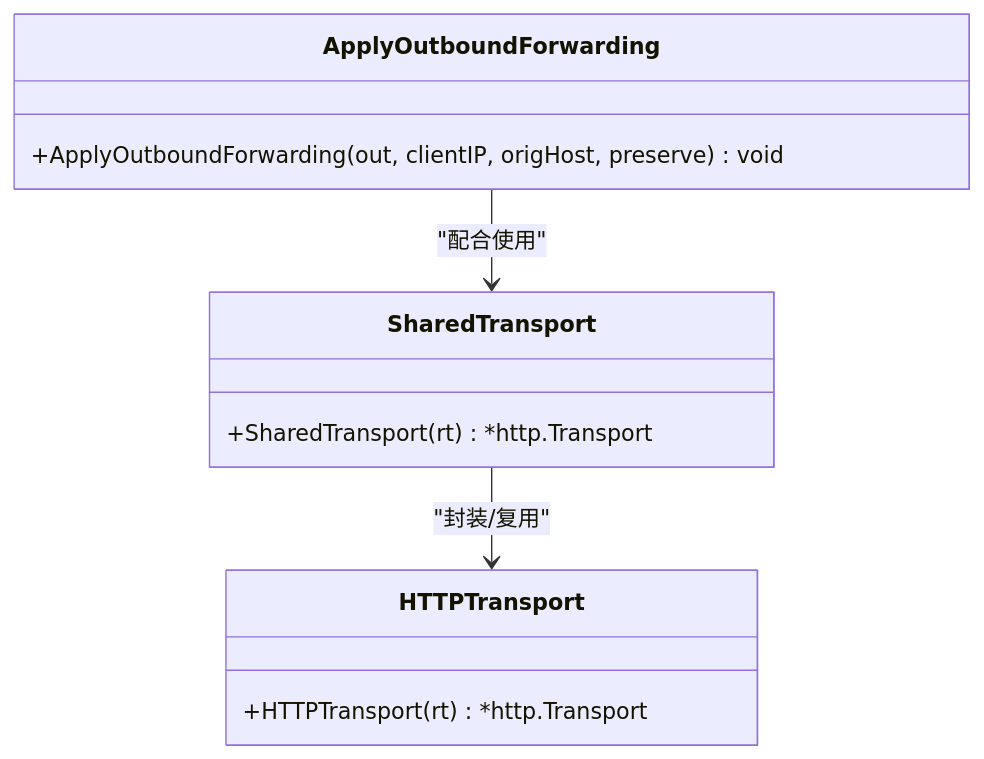
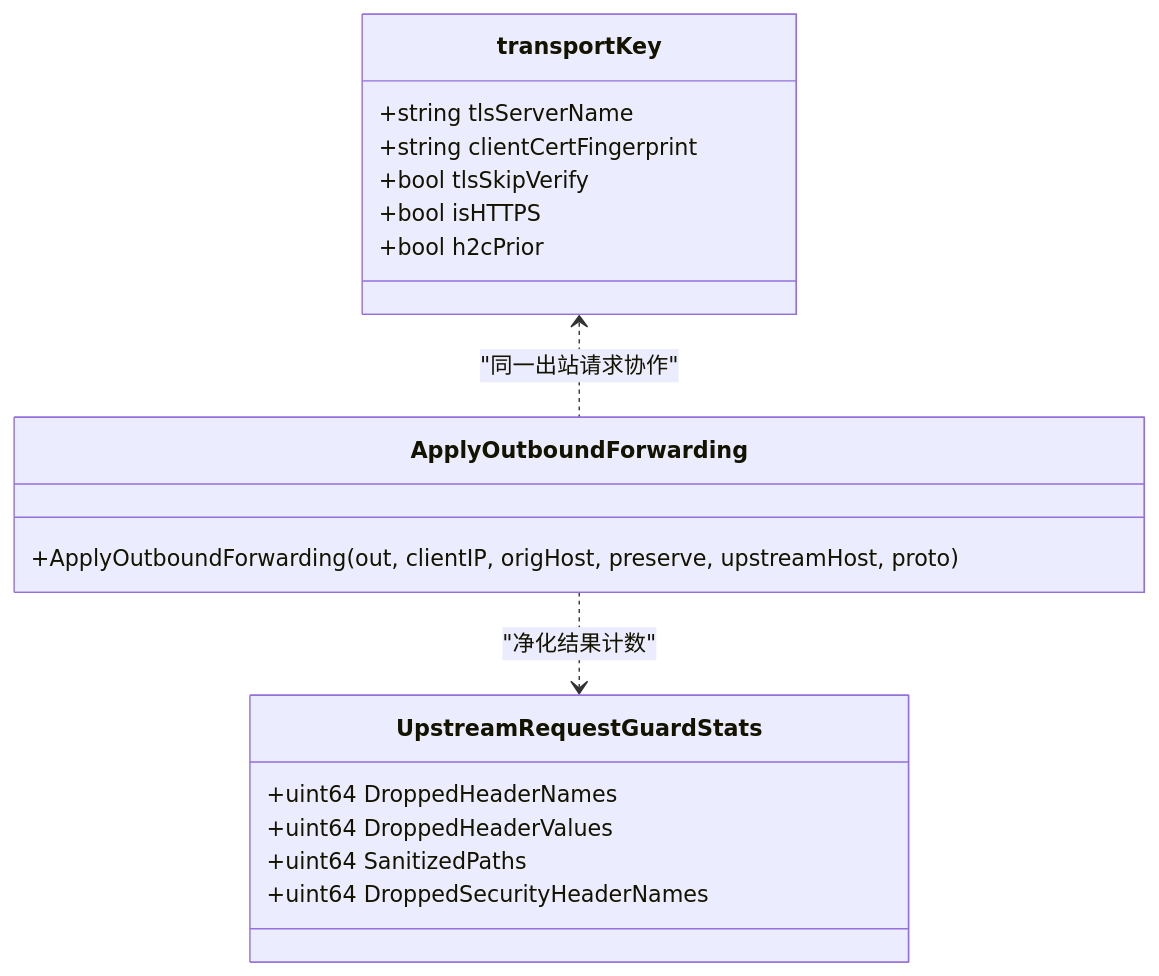
Before and after one commit to x01n/My-OpenWaf: the fifth of 6 diagrams in docs/安全机制/安全机制.md, drawn with Mermaid. The commit also changed other lines of this file and 622 other files, not shown here.

````diff
--- a/docs/安全机制/安全机制.md
+++ b/docs/安全机制/安全机制.md
@@ -352,14 +428,21 @@
 ```mermaid
 classDiagram
-class SharedTransport {
-+SharedTransport(rt) *http.Transport
+class transportKey {
++string tlsServerName
++string clientCertFingerprint
++bool tlsSkipVerify
++bool isHTTPS
++bool h2cPrior
 }
-class HTTPTransport {
-+HTTPTransport(rt) *http.Transport
+class UpstreamRequestGuardStats {
++uint64 DroppedHeaderNames
++uint64 DroppedHeaderValues
++uint64 SanitizedPaths
++uint64 DroppedSecurityHeaderNames
 }
 class ApplyOutboundForwarding {
-+ApplyOutboundForwarding(out, clientIP, origHost, preserve) void
++ApplyOutboundForwarding(out, clientIP, origHost, preserve, upstreamHost, proto)
 }
-SharedTransport --> HTTPTransport : "封装/复用"
-ApplyOutboundForwarding --> SharedTransport : "配合使用"
+transportKey <.. ApplyOutboundForwarding : "同一出站请求协作"
+ApplyOutboundForwarding ..> UpstreamRequestGuardStats : "净化结果计数"
 ```
````
